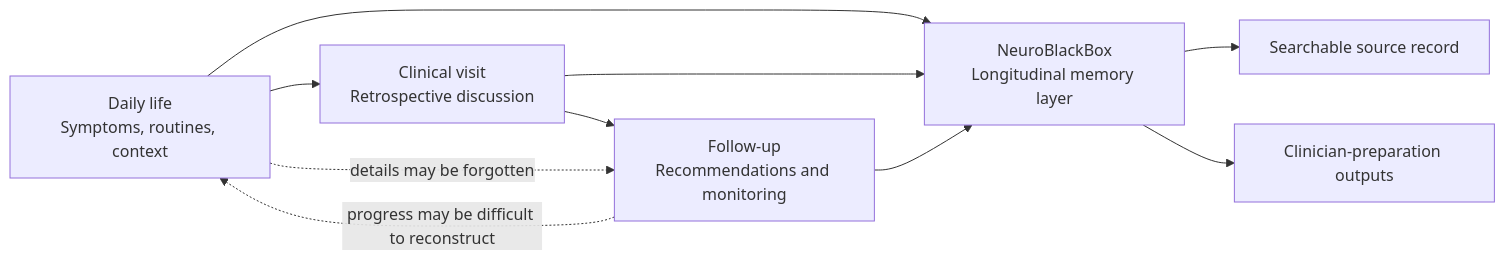
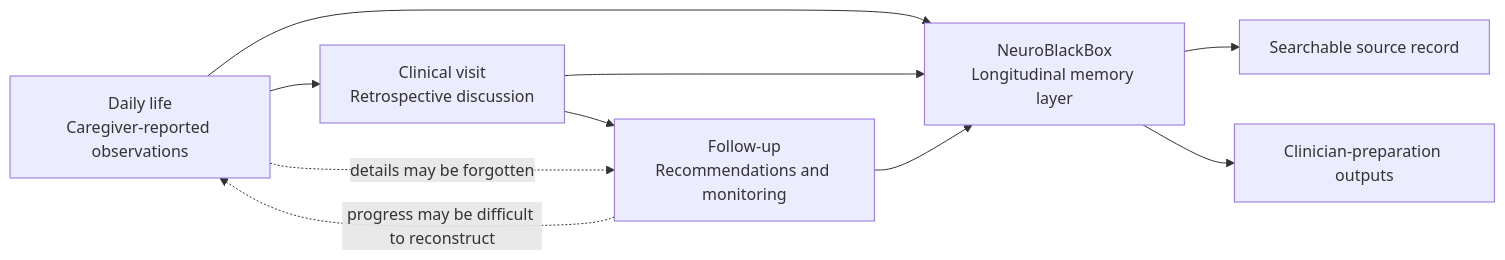
One commit to Vedangalle/neuroblackbox changed the first of 4 diagrams in README.md. Above: the diagram before and after it, drawn with Mermaid. The commit also changed other lines of this file and 9 other files, not shown here.

````diff
--- a/README.md
+++ b/README.md
@@ -70,17 +70,17 @@
 ```mermaid
 flowchart LR
-    A["Daily life<br/>Symptoms, routines, context"] --> B["Clinical visit<br/>Retrospective discussion"]
+    A["Daily life<br/>Caregiver-reported observations"] --> B["Clinical visit<br/>Retrospective discussion"]
     B --> C["Follow-up<br/>Recommendations and monitoring"]
 
     A -. "details may be forgotten" .-> C
     C -. "progress may be difficult to reconstruct" .-> A
 
     N["NeuroBlackBox<br/>Longitudinal memory layer"]
 
     A --> N
     B --> N
     C --> N
 
     N --> R["Searchable source record"]
     N --> P["Clinician-preparation outputs"]
 ```
````
